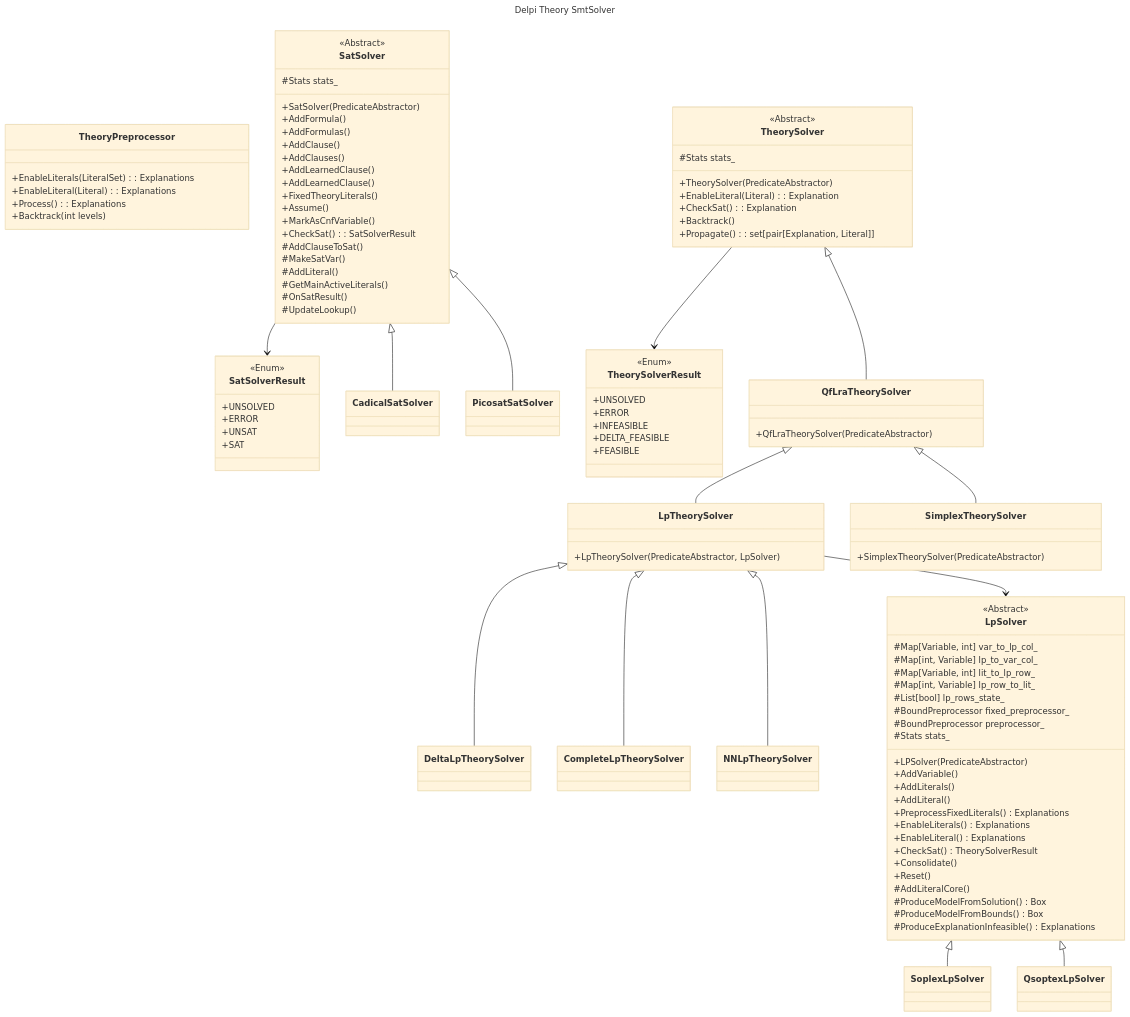
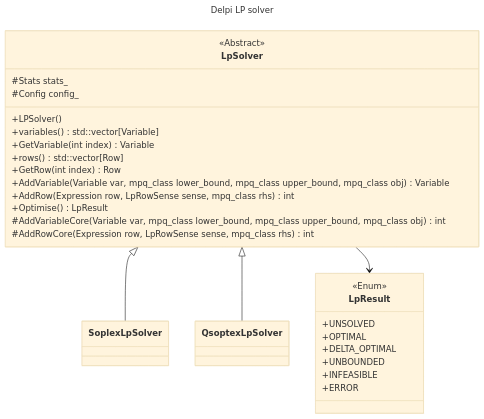
The first of 2 diagrams in docs/Architecture.md (TendTo/delpi), drawn with Mermaid (base theme) before and after one commit. The commit also changed other lines of this file and 7 other files, not shown here.

````diff
--- a/docs/Architecture.md
+++ b/docs/Architecture.md
@@ -3,154 +3,46 @@
 ```mermaid
 ---
-title: Delpi Theory SmtSolver
+title: Delpi LP solver
 ---
 classDiagram
 
-    class TheorySolverResult {
+    class LpResult {
         <<Enum>>
         +UNSOLVED
+        +OPTIMAL
+        +DELTA_OPTIMAL
+        +UNBOUNDED
+        +INFEASIBLE
         +ERROR
-        +INFEASIBLE
-        +DELTA_FEASIBLE
-        +FEASIBLE
     }
-
-    class SatSolverResult {
-        <<Enum>>
-        +UNSOLVED
-        +ERROR
-        +UNSAT
-        +SAT
-    }
-
-    class TheoryPreprocessor {
-        +EnableLiterals(LiteralSet): Explanations
-        +EnableLiteral(Literal): Explanations
-        +Process(): Explanations
-        +Backtrack(int levels)
-    }
-
-    class SatSolver {
-        <<Abstract>>
-        #Stats stats_
-
-        +SatSolver(PredicateAbstractor)
-
-        +AddFormula()
-        +AddFormulas()
-        +AddClause()
-        +AddClauses()
-        +AddLearnedClause()
-        +AddLearnedClause()
-        +FixedTheoryLiterals()
-        +Assume()
-        +MarkAsCnfVariable()
-        +CheckSat(): SatSolverResult
-        
-        #AddClauseToSat()
-        #MakeSatVar()
-        #AddLiteral()
-        #GetMainActiveLiterals()
-        #OnSatResult()
-        #UpdateLookup()
-    }
-
-    class CadicalSatSolver {
-
-    }
-
-    class PicosatSatSolver {
-
-    }
-
-    class QfLraTheorySolver {
-        +QfLraTheorySolver(PredicateAbstractor)
-    }
-
 
     class LpSolver {
         <<Abstract>>
-        #Map[Variable, int] var_to_lp_col_
-        #Map[int, Variable] lp_to_var_col_
-        #Map[Variable, int] lit_to_lp_row_
-        #Map[int, Variable] lp_row_to_lit_
-        #List[bool] lp_rows_state_
+        #Stats stats_
+        #Config config_
 
-        #BoundPreprocessor fixed_preprocessor_
-        #BoundPreprocessor preprocessor_
-        #Stats stats_
+        +LPSolver()
 
-        +LPSolver(PredicateAbstractor)
+        +variables() std::vector[Variable]
+        +GetVariable(int index) Variable
+        +rows() std::vector[Row]
+        +GetRow(int index) Row
 
-        +AddVariable()
-        +AddLiterals()
-        +AddLiteral()
+        +AddVariable(Variable var, mpq_class lower_bound, mpq_class upper_bound, mpq_class obj) Variable
+        +AddRow(Expression row, LpRowSense sense, mpq_class rhs) int
 
-        +PreprocessFixedLiterals() Explanations
-        
-        +EnableLiterals() Explanations
-        +EnableLiteral() Explanations
+        +Optimise() LpResult
 
-        +CheckSat() TheorySolverResult
-
-        +Consolidate()
-        +Reset()
-
-        #AddLiteralCore()
-        #ProduceModelFromSolution() Box
-        #ProduceModelFromBounds() Box
-        #ProduceExplanationInfeasible() Explanations
-    }
-    
-
-    class SoplexLpSolver {
-
+        #AddVariableCore(Variable var, mpq_class lower_bound, mpq_class upper_bound, mpq_class obj) int
+        #AddRowCore(Expression row, LpRowSense sense, mpq_class rhs) int
     }
 
-    class QsoptexLpSolver {
-
-    }
-
-    class TheorySolver {
-        <<Abstract>>
-        #Stats stats_
-
-        +TheorySolver(PredicateAbstractor)
-
-        +EnableLiteral(Literal): Explanation
-        +CheckSat(): Explanation
-        +Backtrack()
-        +Propagate(): set[pair[Explanation, Literal]]
-    }
-
-    class LpTheorySolver {
-        +LpTheorySolver(PredicateAbstractor, LpSolver)
-    }
-
-    class DeltaLpTheorySolver {
-    }
-    class CompleteLpTheorySolver {
-    }
-    class NNLpTheorySolver {
-    }
-
-    class SimplexTheorySolver {
-        +SimplexTheorySolver(PredicateAbstractor)
-    }
+    class SoplexLpSolver { }
+    class QsoptexLpSolver { }
 
 
-    TheorySolver --> TheorySolverResult
-    TheorySolver <|-- QfLraTheorySolver
-    QfLraTheorySolver <|-- LpTheorySolver
-    QfLraTheorySolver <|-- SimplexTheorySolver
-    LpTheorySolver <|-- DeltaLpTheorySolver
-    LpTheorySolver <|-- CompleteLpTheorySolver
-    LpTheorySolver <|-- NNLpTheorySolver
-    LpTheorySolver --> LpSolver
-    
-    SatSolver --> SatSolverResult
-    SatSolver <|-- CadicalSatSolver
-    SatSolver <|-- PicosatSatSolver
     LpSolver <|-- SoplexLpSolver
     LpSolver <|-- QsoptexLpSolver
+
+    LpSolver --> LpResult
 ```
````
